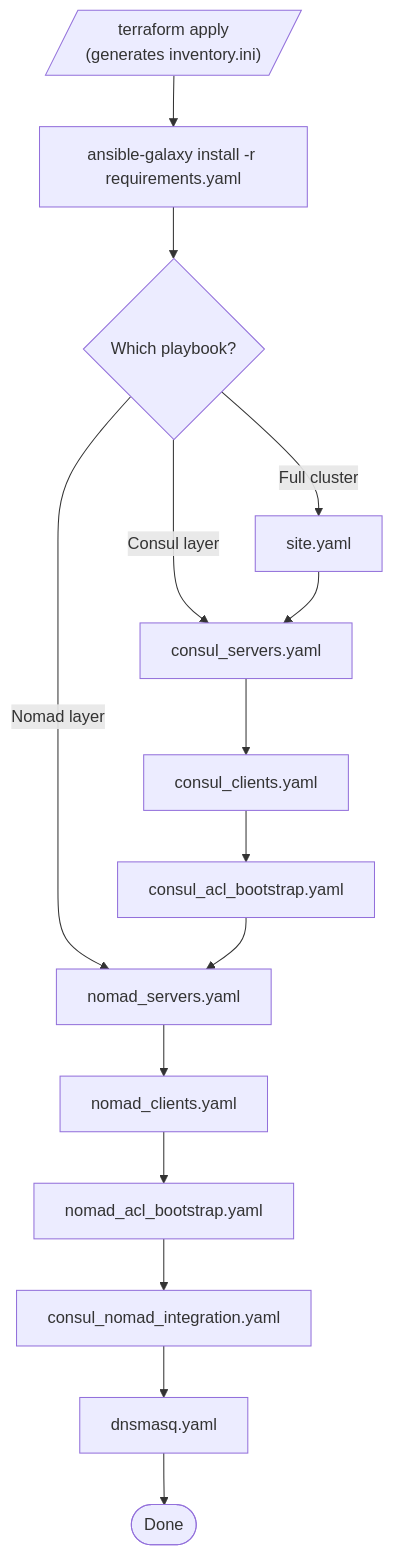
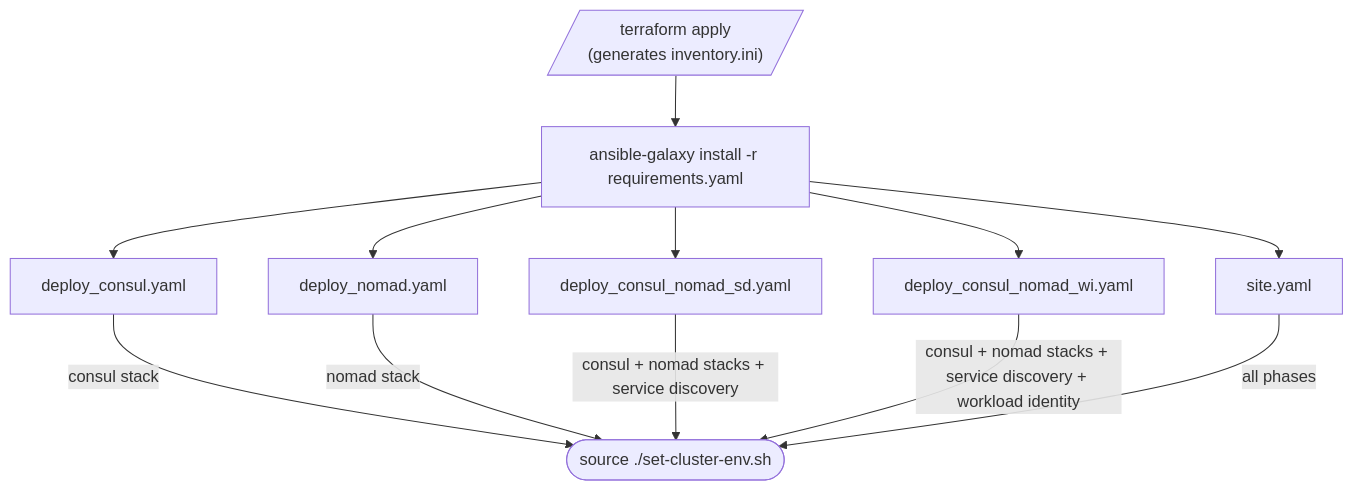
The diagram in ansible/PLAYBOOKS-README.md (aimeeu/nomad-infra), drawn with Mermaid before and after one commit. The commit also changed other lines of this file and 28 other files, not shown here.

First line of the commit message:
Add playbooks for use cases to separate service discovery...

````diff
--- a/ansible/PLAYBOOKS-README.md
+++ b/ansible/PLAYBOOKS-README.md
@@ -9,22 +11,18 @@
 ```mermaid
 flowchart TD
     TF[/"terraform apply\n(generates inventory.ini)"/]
-    DEPS[ansible-galaxy install -r requirements.yaml]
+    DEPS["ansible-galaxy install -r requirements.yaml"]
     TF --> DEPS
 
-    DEPS --> SITE{Which playbook?}
-    SITE -->|Full cluster| S[site.yaml]
-    SITE -->|Consul layer| CSP[consul_servers.yaml]
-    SITE -->|Nomad layer| NSP[nomad_servers.yaml]
+    DEPS --> D1["deploy_consul.yaml"]
+    DEPS --> D2["deploy_nomad.yaml"]
+    DEPS --> D3["deploy_consul_nomad_sd.yaml"]
+    DEPS --> D4["deploy_consul_nomad_wi.yaml"]
+    DEPS --> S["site.yaml"]
 
-    S --> CSP
-    CSP --> CCP[consul_clients.yaml]
-    CCP --> CACL[consul_acl_bootstrap.yaml]
-    CACL --> NSP
-    NSP --> NCP[nomad_clients.yaml]
-    NCP --> NACL[nomad_acl_bootstrap.yaml]
-
-    NACL --> INT[consul_nomad_integration.yaml]
-    INT --> DNS[dnsmasq.yaml]
-    DNS --> DONE([Done])
+    D1 -->|"consul stack"| ENV
+    D2 -->|"nomad stack"| ENV
+    D3 -->|"consul + nomad stacks + service discovery"| ENV
+    D4 -->|"consul + nomad stacks + service discovery + workload identity"| ENV
+    S -->|"all phases"| ENV(["source ./set-cluster-env.sh"])
 ```
````
